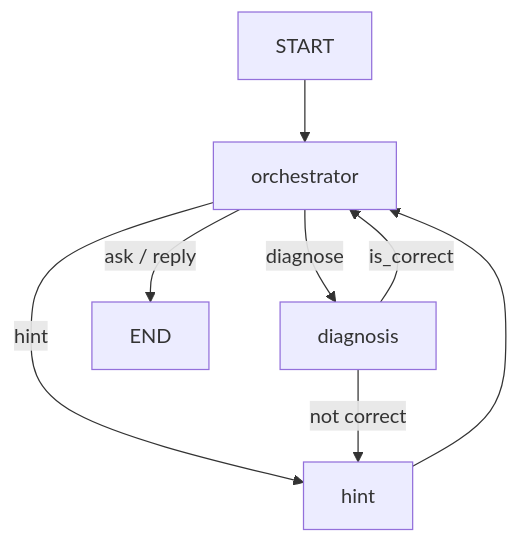
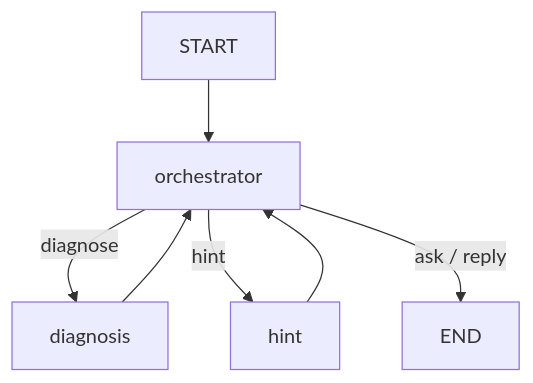
Before and after one commit to ruzhylopv/math-tutor-nlp-sys: the first of 2 diagrams in docs/architecture.md, drawn with Mermaid. The commit also changed other lines of this file and 4 other files, not shown here.

````diff
--- a/docs/architecture.md
+++ b/docs/architecture.md
@@ -31,10 +31,9 @@
 ```mermaid
 flowchart TD
   START --> orchestrator
   orchestrator -->|diagnose| diagnosis
   orchestrator -->|hint| hint
   orchestrator -->|ask / reply| END
-  diagnosis -->|is_correct| orchestrator
-  diagnosis -->|not correct| hint
+  diagnosis --> orchestrator
   hint --> orchestrator
 ```
````
